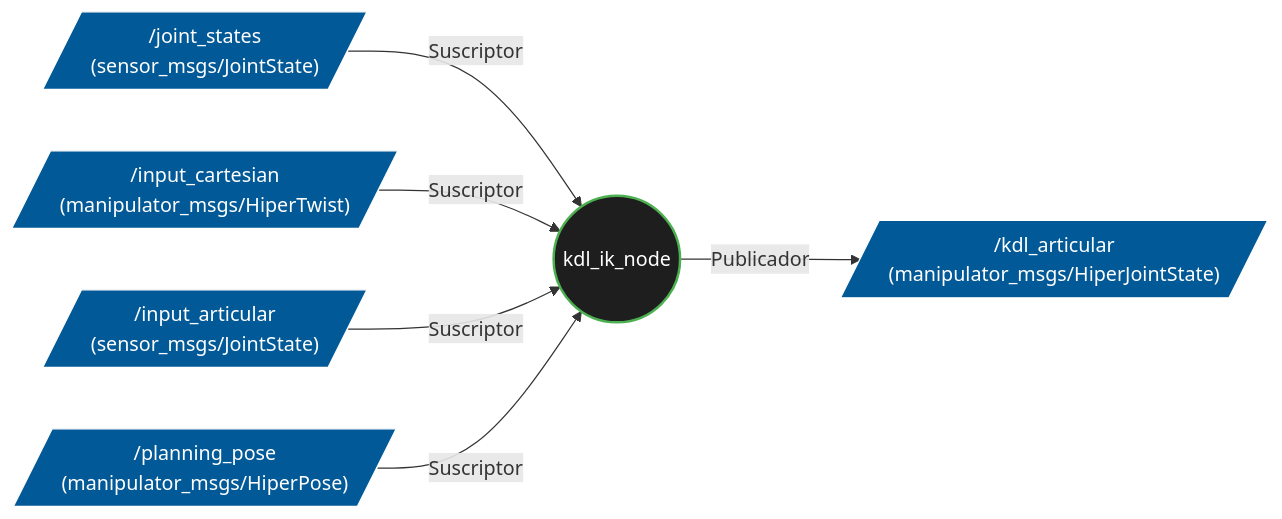
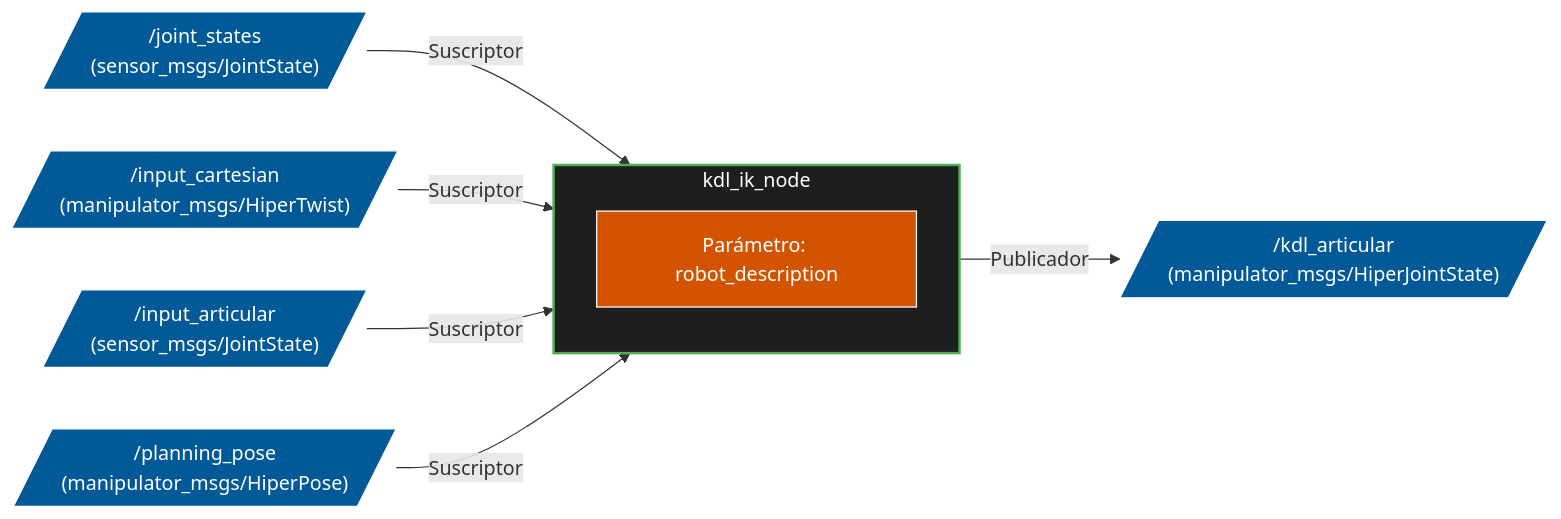
The second of 3 diagrams in src/manual_user_interface/README.md (chechuu85/manipulator_roborescue), drawn with Mermaid before and after one commit. The commit also changed other lines of this file, not shown here.

Commit message:
Update flow diagrams in README.md

````diff
--- a/src/manual_user_interface/README.md
+++ b/src/manual_user_interface/README.md
@@ -157,30 +184,36 @@
 ```mermaid
 graph LR
-    %% Definición de estilos
-    classDef node fill:#1e1e1e,stroke:#4CAF50,stroke-width:2px,color:#fff;
-    classDef topic fill:#025997,stroke:#fff,stroke-width:1px,color:#fff;
-    classDef service fill:#8e44ad,stroke:#fff,stroke-width:2px,color:#fff,stroke-dasharray: 5 5;
-    classDef param fill:#d35400,stroke:#fff,stroke-width:1px,color:#fff;
-
-    %% Nodos e Interfaces (Texto envuelto en comillas para evitar errores de parseo)
+    %% Tópicos de Entrada
     A[/"/joint_states<br/>(sensor_msgs/JointState)"/]
     B[/"/input_cartesian<br/>(manipulator_msgs/HiperTwist)"/]
     C[/"/input_articular<br/>(sensor_msgs/JointState)"/]
     D[/"/planning_pose<br/>(manipulator_msgs/HiperPose)"/]
-    
-    N(("kdl_ik_node"))
-    
+
+    %% Contenedor Negro Exterior (El Nodo)
+    subgraph kdl_ik_node ["kdl_ik_node"]
+        direction TB
+        %% Cuadrado Naranja (Parámetro)
+        Param["Parámetro: robot_description"]
+    end
+
+    %% Tópico de Salida
     O[/"/kdl_articular<br/>(manipulator_msgs/HiperJointState)"/]
 
-    %% Conexiones
-    A -->|Suscriptor| N
-    B -->|Suscriptor| N
-    C -->|Suscriptor| N
-    D -->|Suscriptor| N
-    N -->|Publicador| O
-    
+    %% Conexiones (Apuntan al contenedor exterior)
+    A -->|Suscriptor| kdl_ik_node
+    B -->|Suscriptor| kdl_ik_node
+    C -->|Suscriptor| kdl_ik_node
+    D -->|Suscriptor| kdl_ik_node
+    kdl_ik_node -->|Publicador| O
+
+    %% Estilos de los elementos individuales
+    classDef topic fill:#025997,stroke:#fff,stroke-width:1px,color:#fff;
+    classDef param fill:#d35400,stroke:#fff,stroke-width:1px,color:#fff;
+   
     %% Aplicación de estilos
-    class N node;
     class A,B,C,D,O topic;
-    class P param;
+    class Param param;
+
+    %% Estilo del Contenedor Exterior (Caja Negra con borde verde)
+    style kdl_ik_node fill:#1e1e1e,stroke:#4CAF50,stroke-width:2px,color:#fff
 ```
````
